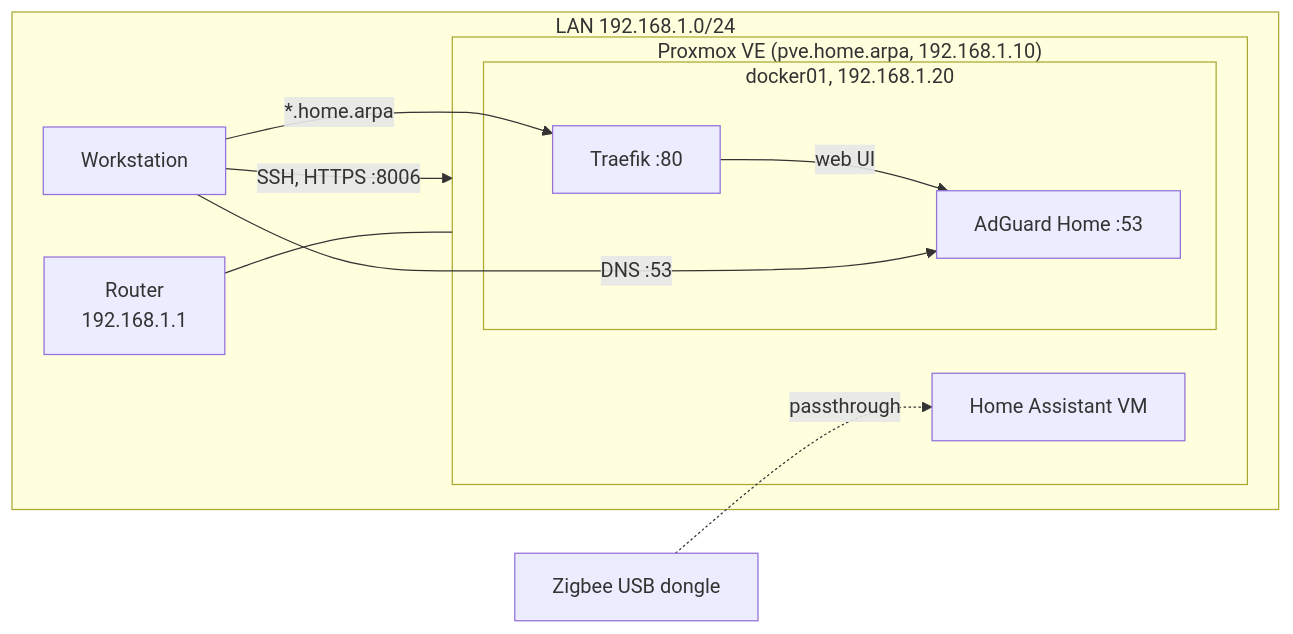
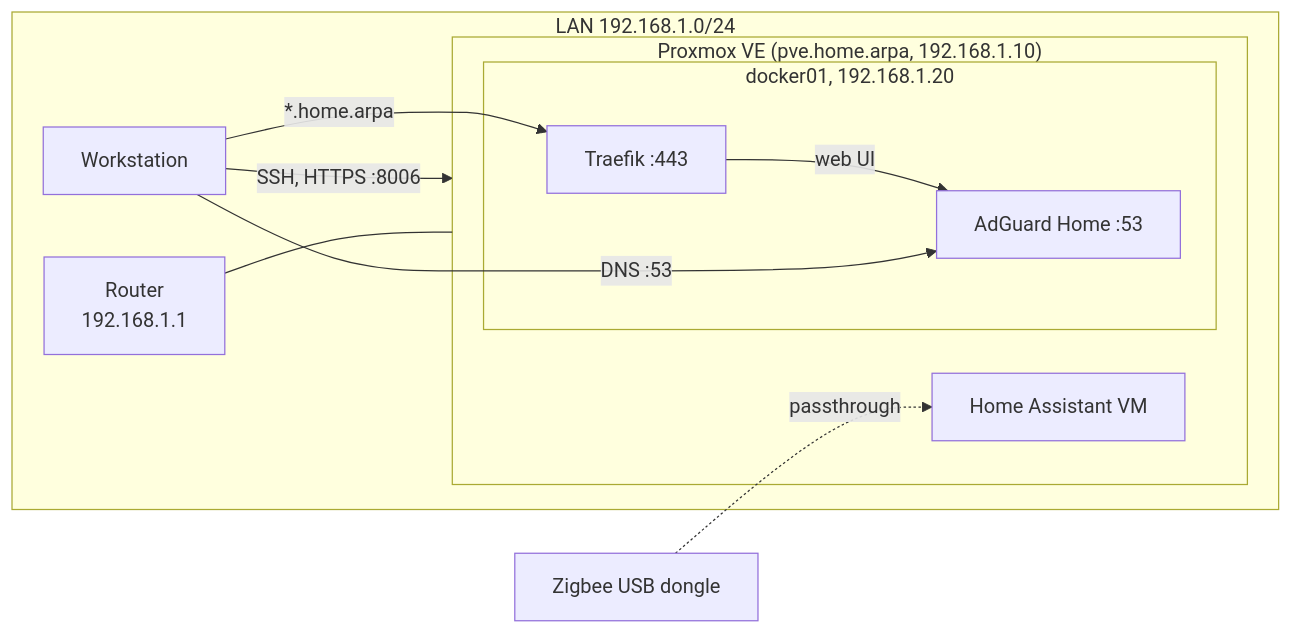
Before and after one commit to ralferik/homelab: the diagram in README.md, drawn with Mermaid. The commit also changed other lines of this file and 1 other file, not shown here.

````diff
--- a/README.md
+++ b/README.md
@@ -12,20 +12,20 @@
 ```mermaid
 flowchart LR
     subgraph LAN["LAN 192.168.1.0/24"]
         router["Router<br/>192.168.1.1"]
         ws["Workstation"]
         subgraph pve["Proxmox VE (pve.home.arpa, 192.168.1.10)"]
             subgraph docker["docker01, 192.168.1.20"]
-                traefik["Traefik :80"]
+                traefik["Traefik :443"]
                 adguard["AdGuard Home :53"]
             end
             ha["Home Assistant VM"]
         end
     end
     ws -- "SSH, HTTPS :8006" --> pve
     ws -- "*.home.arpa" --> traefik
     traefik -- "web UI" --> adguard
     ws -- "DNS :53" --> adguard
     router --- pve
     dongle["Zigbee USB dongle"] -. passthrough .-> ha
 ```
````
